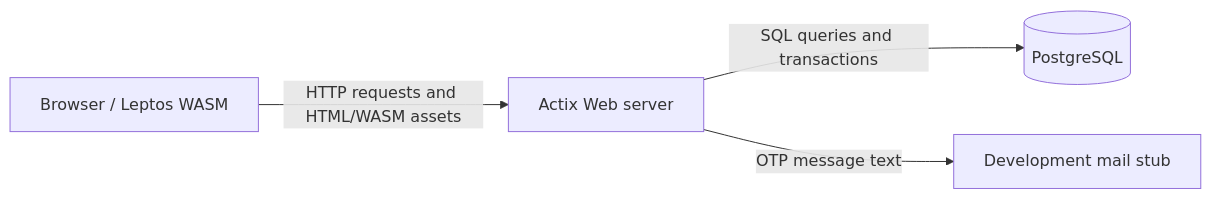
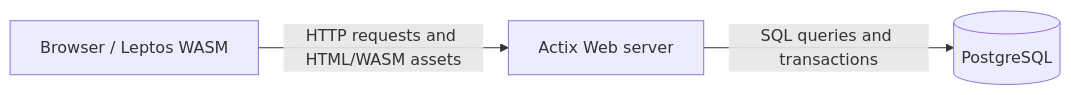
One commit to SE-FDA-NEU-AI66B/G8-DatingApp-AI66B changed the first of 2 diagrams in docs/design.md. Above: the diagram before and after it, drawn with Mermaid. The commit also changed other lines of this file and 32 other files, not shown here.

````diff
--- a/docs/design.md
+++ b/docs/design.md
@@ -7,10 +7,8 @@
 ```mermaid
 flowchart LR
     Browser[Browser / Leptos WASM]
     Web[Actix Web server]
     DB[(PostgreSQL)]
-    Mail[Development mail stub]
     Browser -->|HTTP requests and HTML/WASM assets| Web
     Web -->|SQL queries and transactions| DB
-    Web -->|OTP message text| Mail
 ```
````
